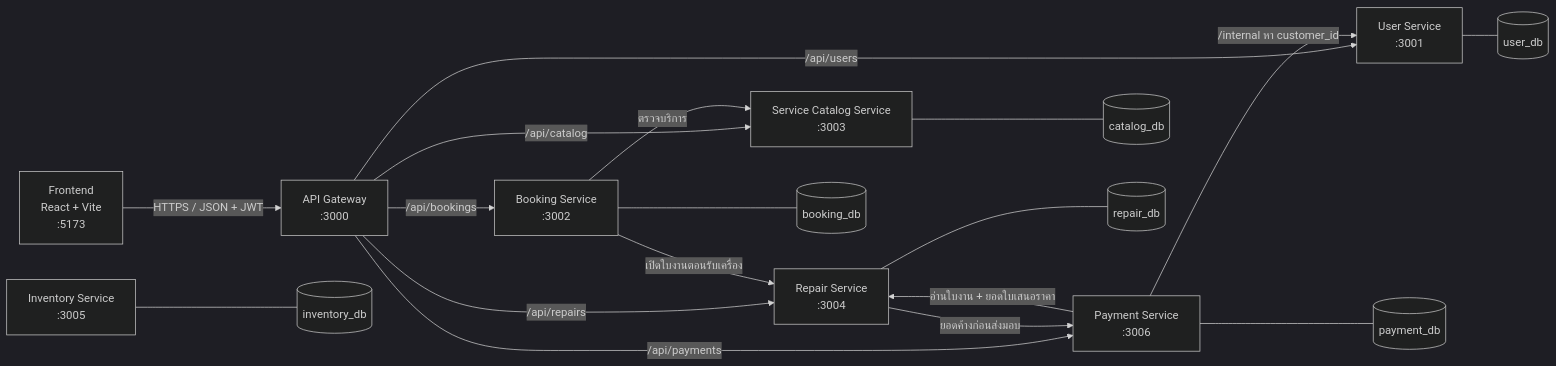
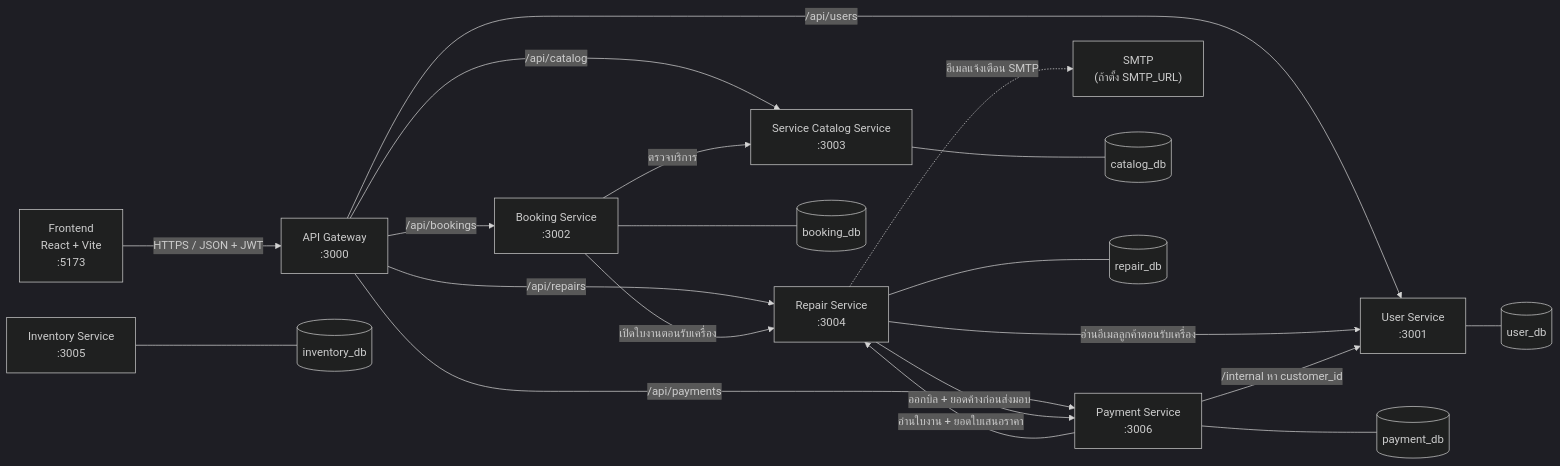
The first of 2 diagrams in README.md (Best-Boun/Com-tle), drawn with Mermaid (dark theme) before and after one commit. The commit also changed other lines of this file, not shown here.

First line of the commit message:
docs(readme): bring the main README in line with the current flows

````diff
--- a/README.md
+++ b/README.md
@@ -17,24 +15,26 @@
 ```mermaid
 flowchart LR
     FE["Frontend<br/>React + Vite<br/>:5173"] -->|HTTPS / JSON + JWT| GW["API Gateway<br/>:3000"]
 
     GW -->|/api/users| US["User Service<br/>:3001"]
     GW -->|/api/bookings| BS["Booking Service<br/>:3002"]
     GW -->|/api/catalog| CS["Service Catalog Service<br/>:3003"]
     GW -->|/api/repairs| RS["Repair Service<br/>:3004"]
     GW -->|/api/payments| PS["Payment Service<br/>:3006"]
     IS["Inventory Service<br/>:3005"]
 
     BS -->|ตรวจบริการ| CS
     BS -->|เปิดใบงานตอนรับเครื่อง| RS
     PS -->|อ่านใบงาน + ยอดใบเสนอราคา| RS
-    RS -->|ยอดค้างก่อนส่งมอบ| PS
+    RS -->|ออกบิล + ยอดค้างก่อนส่งมอบ| PS
+    RS -->|อ่านอีเมลลูกค้าตอนรับเครื่อง| US
     PS -->|/internal หา customer_id| US
+    RS -.->|อีเมลแจ้งเตือน SMTP| MAIL["SMTP<br/>(ถ้าตั้ง SMTP_URL)"]
 
     US --- UDB[(user_db)]
     BS --- BDB[(booking_db)]
     CS --- CDB[(catalog_db)]
     RS --- RDB[(repair_db)]
     IS --- IDB[(inventory_db)]
     PS --- PDB[(payment_db)]
 ```
````
